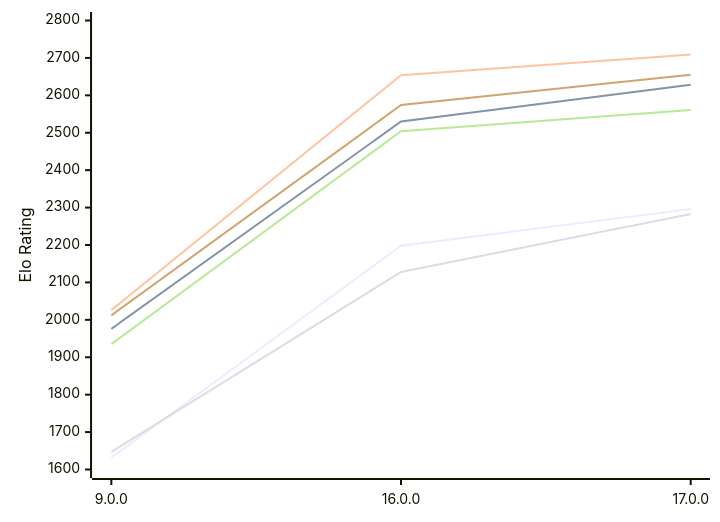
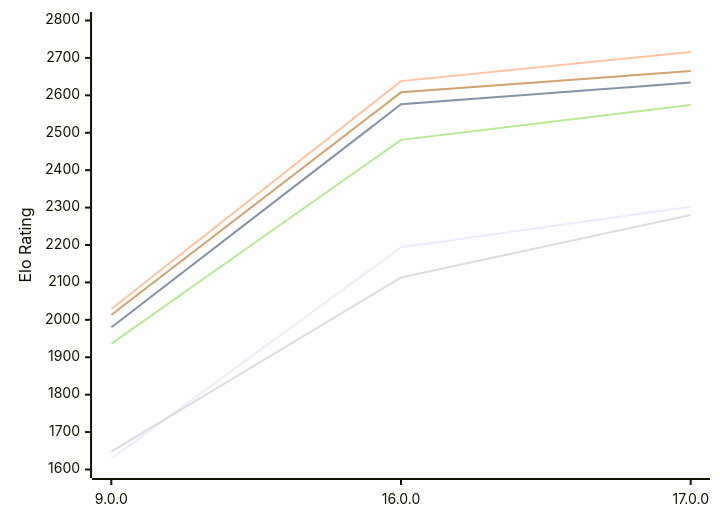
Before and after one commit to computer-chess-index/cci: the first of 2 diagrams in engines/Cepimetheus.md, drawn with Mermaid. The commit also changed other lines of this file, not shown here.

Commit message:
Update CCI Ratings (ELO VLTC) - 2026-11-16

````diff
--- a/engines/Cepimetheus.md
+++ b/engines/Cepimetheus.md
@@ -64,12 +64,12 @@
 ```mermaid
 %%{init: {"theme":"base","themeVariables":{"seriesColors:['#a3a3a3','#222221','#faa371']}}}%%
 xychart-beta
   x-axis ["9.0.0", "16.0.0", "17.0.0"]
   y-axis "Elo Rating" 1600 --> 2800
-  line "E1: STC (8.0+0.08s)" [1632, 2198, 2296]
-  line "E1: LTC (60.0+0.60s)" [1976, 2530, 2628]
-  line "E1: VLTC (2m24s+1.12s)" [2026, 2654, 2709]
-  line "P1: STC (8.0+0.08s)" [1647, 2128, 2283]
-  line "P1: LTC (60.0+0.60s)" [1935, 2504, 2561]
-  line "P1: VLTC (2m24s+1.12s)" [2012, 2574, 2655]
+  line "E1: STC (8.0+0.08s)" [1629, 2194, 2302]
+  line "E1: LTC (60.0+0.60s)" [1980, 2576, 2634]
+  line "E1: VLTC (2m24s+1.12s)" [2029, 2638, 2716]
+  line "P1: STC (8.0+0.08s)" [1648, 2113, 2280]
+  line "P1: LTC (60.0+0.60s)" [1936, 2481, 2574]
+  line "P1: VLTC (2m24s+1.12s)" [2013, 2608, 2665]
 ```
````
